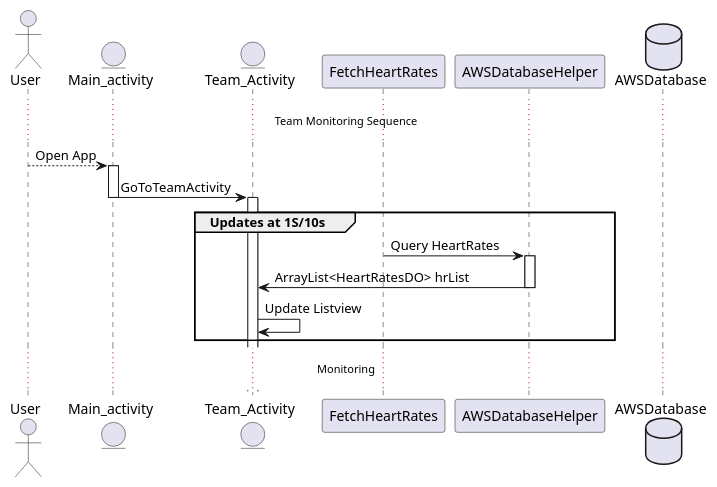
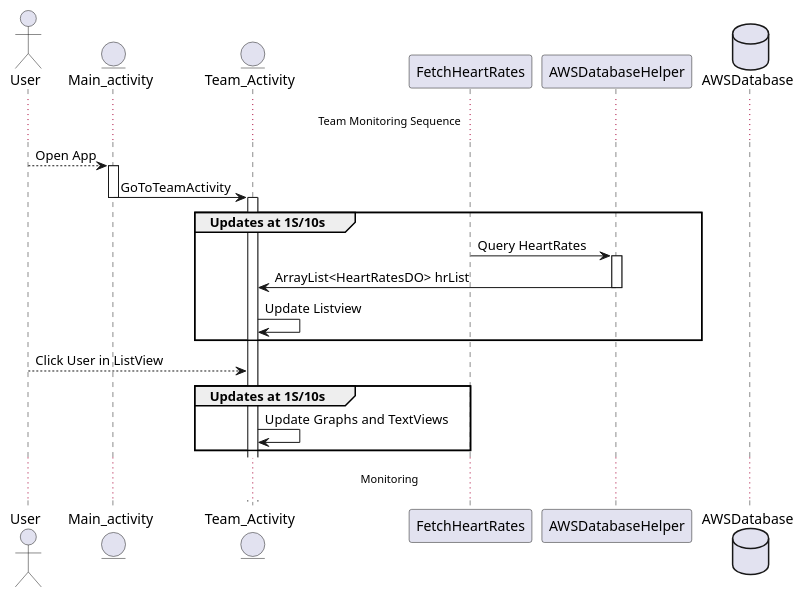
The diagram in docs/SequenceDiagramTeamMonitoring.puml (kgehmlich/coen390-team-d), drawn with PlantUML before and after one commit. The commit also changed 1 other file, not shown here.

```diff
--- a/docs/SequenceDiagramTeamMonitoring.puml
+++ b/docs/SequenceDiagramTeamMonitoring.puml
@@ -1,24 +1,29 @@
 @startuml
 actor User
 entity Main_activity
 entity Team_Activity
 participant FetchHeartRates
 participant AWSDatabaseHelper
 database AWSDatabase
 
 ... Team Monitoring Sequence ...
 
 User --> Main_activity : Open App
 activate Main_activity
 Main_activity -> Team_Activity : GoToTeamActivity
 deactivate Main_activity
 activate Team_Activity
 group Updates at 1S/10s
 FetchHeartRates -> AWSDatabaseHelper : Query HeartRates
 activate AWSDatabaseHelper
 AWSDatabaseHelper -> Team_Activity : ArrayList<HeartRatesDO> hrList
 deactivate AWSDatabaseHelper
 Team_Activity -> Team_Activity : Update Listview
 end
+
+User --> Team_Activity : Click User in ListView
+group Updates at 1S/10s
+Team_Activity -> Team_Activity : Update Graphs and TextViews
+end
 ... Monitoring ...
 @enduml
```
